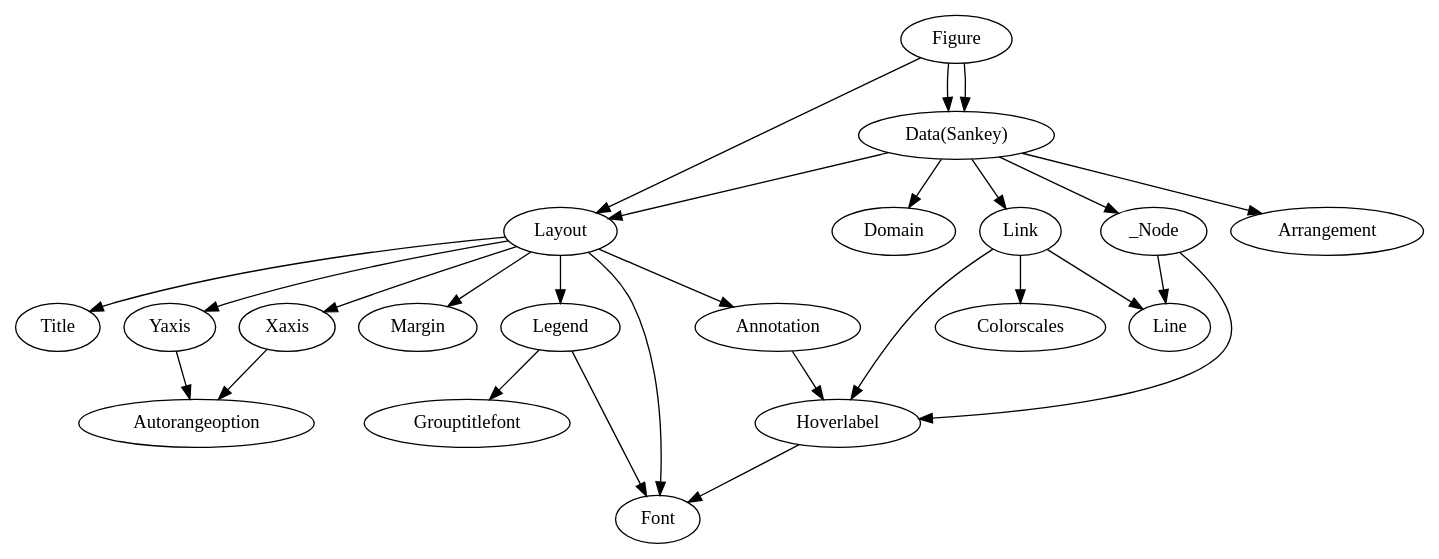
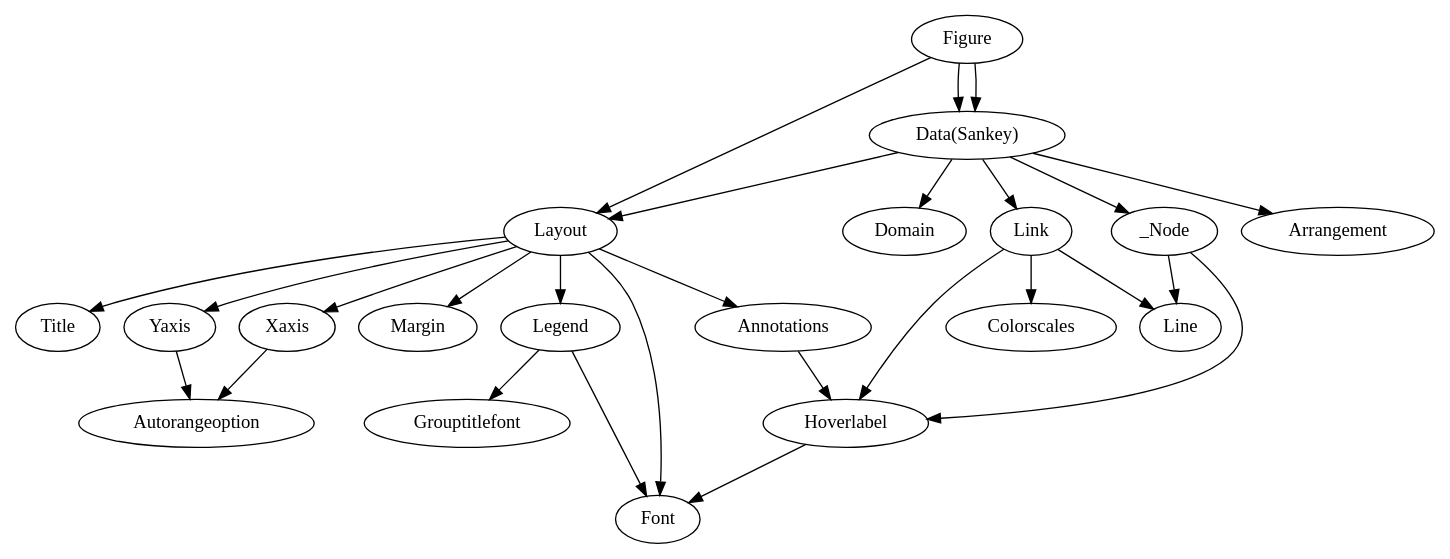
The diagram in docs/plotly.dot (egberts/immigration), drawn with Graphviz before and after one commit. The commit also changed 4 other files, not shown here.

```diff
--- a/docs/plotly.dot
+++ b/docs/plotly.dot
@@ -1,35 +1,35 @@
 
 digraph plotly {
 
 Figure -> "Data(Sankey)";
 Figure -> Layout;
 Figure -> "Data(Sankey)";
 
 "Data(Sankey)" -> Arrangement;
 "Data(Sankey)" -> Domain;
 "Data(Sankey)" -> Link;
 "Data(Sankey)" -> _Node;
 "Data(Sankey)" -> Layout;
 
 Arrangement;
 
 Domain;
 
 Link -> Colorscales;
 Link -> Hoverlabel;
 Link -> Line;
 
 _Node -> Line;
 _Node -> Hoverlabel;
 
-Layout -> Annotation, Margin, Legend, Font, Title, Xaxis, Yaxis;
+Layout -> Annotations, Margin, Legend, Font, Title, Xaxis, Yaxis;
 
-Annotation -> Hoverlabel;
+Annotations -> Hoverlabel;
 
 Hoverlabel -> Font;
 
 Legend -> Font, Grouptitlefont;
 
 Xaxis -> Autorangeoption;
 Yaxis -> Autorangeoption;
 }
```
